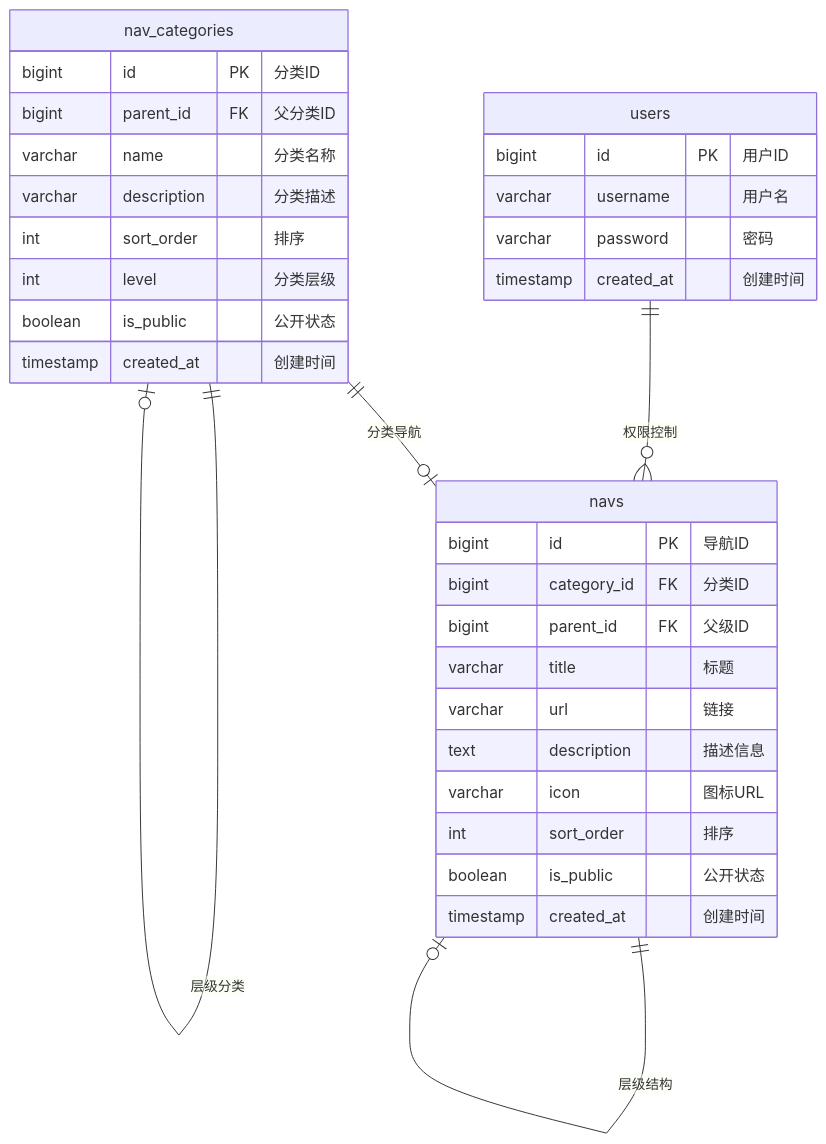
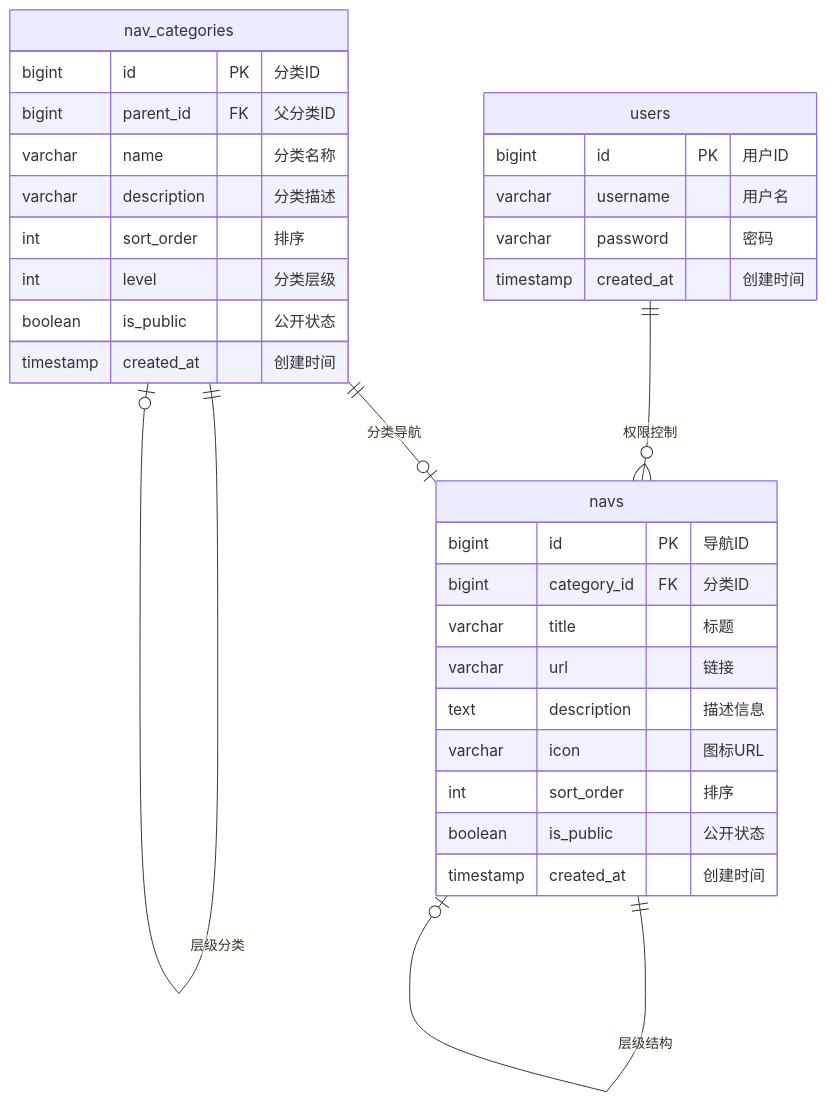
One commit to qingshanglei/navigation_bar_python changed the diagram in 导航系统数据库设计文档-SQLite.md. Above: the diagram before and after it, drawn with Mermaid. The commit also changed other lines of this file and 21 other files, not shown here.

````diff
--- a/导航系统数据库设计文档-SQLite.md
+++ b/导航系统数据库设计文档-SQLite.md
@@ -14,38 +14,37 @@
 ```mermaid
 erDiagram
     users ||--o{ navs : "权限控制"
     nav_categories ||--o| navs : "分类导航"
     nav_categories ||--o| nav_categories : "层级分类"
     navs ||--o| navs : "层级结构"
 
     users {
         bigint id PK "用户ID"
         varchar username "用户名"
         varchar password "密码"
         timestamp created_at "创建时间"
     }
     
     nav_categories {
         bigint id PK "分类ID"
         bigint parent_id FK "父分类ID"
         varchar name "分类名称"
         varchar description "分类描述"
         int sort_order "排序"
         int level "分类层级"
         boolean is_public "公开状态"
         timestamp created_at "创建时间"
     }
     
     navs {
         bigint id PK "导航ID"
         bigint category_id FK "分类ID"
-        bigint parent_id FK "父级ID"
         varchar title "标题"
         varchar url "链接"
         text description "描述信息"
         varchar icon "图标URL"
         int sort_order "排序"
         boolean is_public "公开状态"
         timestamp created_at "创建时间"
     }
 ```
````
